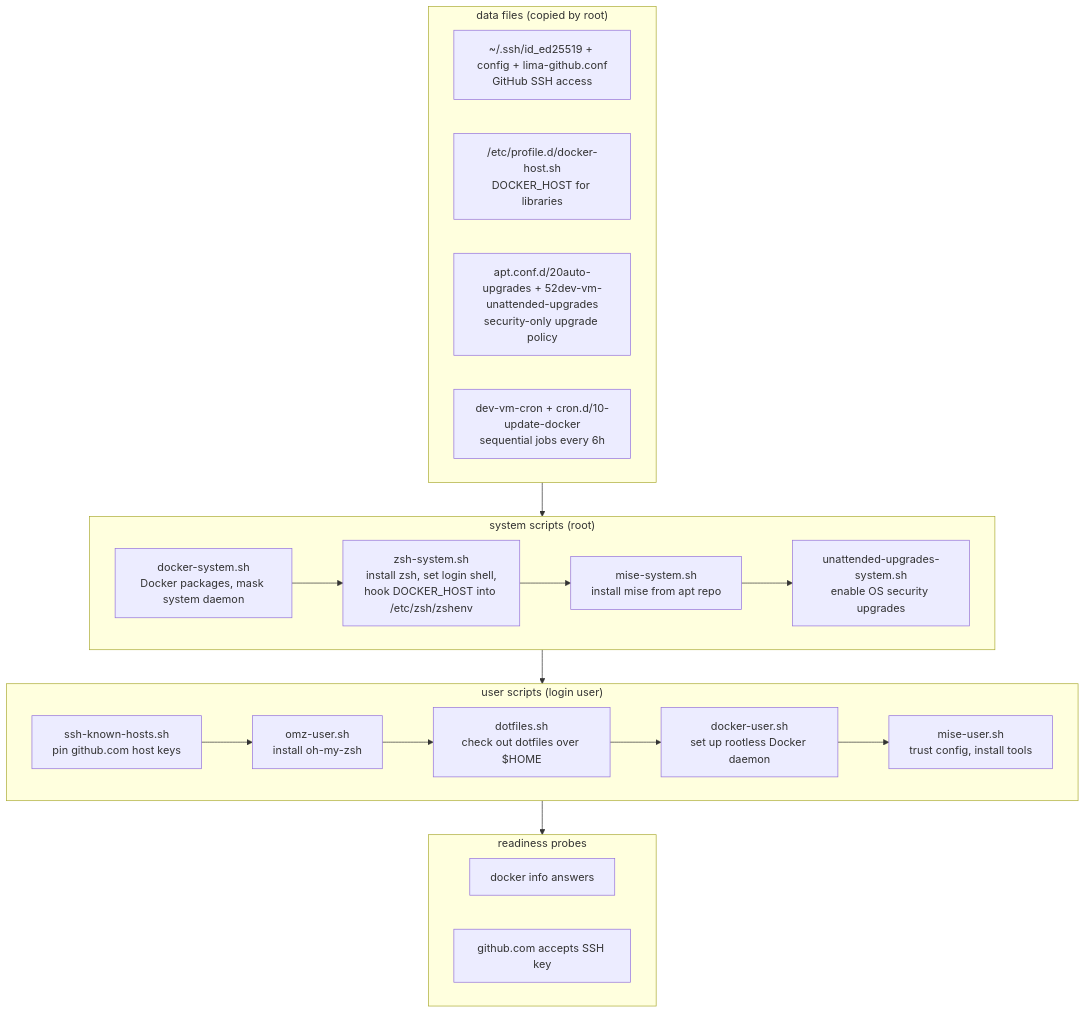
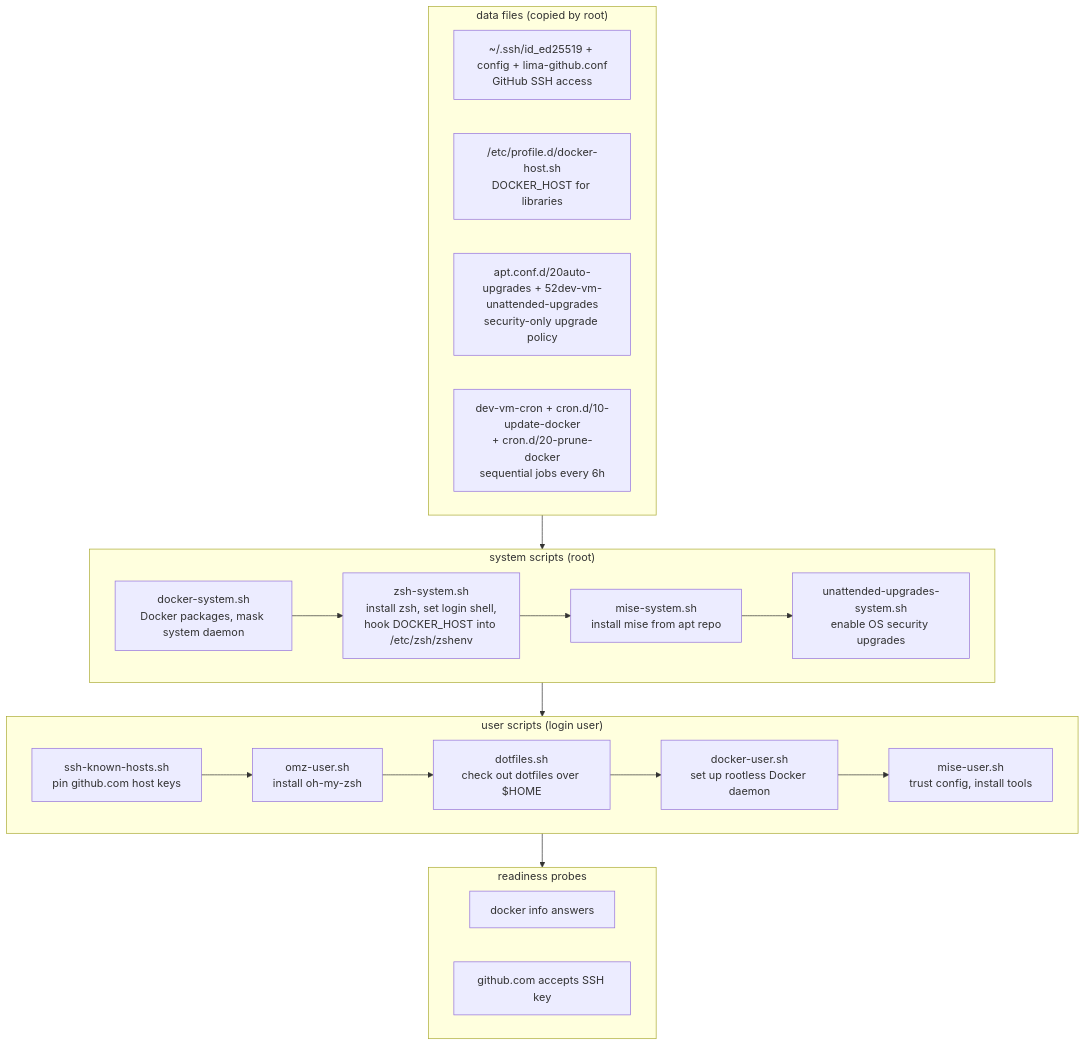
The diagram in README.md (robsonpeixoto/dev-vm), drawn with Mermaid before and after one commit. The commit also changed other lines of this file and 3 other files, not shown here.

First line of the commit message:
feat: prune unused Docker data weekly (#23)

````diff
--- a/README.md
+++ b/README.md
@@ -356,35 +407,35 @@
 ```mermaid
 flowchart TD
     subgraph data["data files (copied by root)"]
         d1["~/.ssh/id_ed25519 + config + lima-github.conf<br>GitHub SSH access"]
         d2["/etc/profile.d/docker-host.sh<br>DOCKER_HOST for libraries"]
         d3["apt.conf.d/20auto-upgrades + 52dev-vm-unattended-upgrades<br>security-only upgrade policy"]
-        d4["dev-vm-cron + cron.d/10-update-docker<br>sequential jobs every 6h"]
+        d4["dev-vm-cron + cron.d/10-update-docker<br>+ cron.d/20-prune-docker<br>sequential jobs every 6h"]
     end
 
     subgraph system["system scripts (root)"]
         s1["docker-system.sh<br>Docker packages, mask system daemon"]
         s2["zsh-system.sh<br>install zsh, set login shell,<br>hook DOCKER_HOST into /etc/zsh/zshenv"]
         s3["mise-system.sh<br>install mise from apt repo"]
         s4["unattended-upgrades-system.sh<br>enable OS security upgrades"]
     end
 
     subgraph user["user scripts (login user)"]
         u1["ssh-known-hosts.sh<br>pin github.com host keys"]
         u2["omz-user.sh<br>install oh-my-zsh"]
         u3["dotfiles.sh<br>check out dotfiles over $HOME"]
         u4["docker-user.sh<br>set up rootless Docker daemon"]
         u5["mise-user.sh<br>trust config, install tools"]
     end
 
     subgraph probes["readiness probes"]
         p1["docker info answers"]
         p2["github.com accepts SSH key"]
     end
 
     data --> system
     s1 --> s2 --> s3 --> s4
     system --> user
     u1 --> u2 --> u3 --> u4 --> u5
     user --> probes
 ```
````
